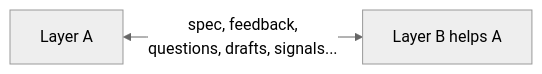
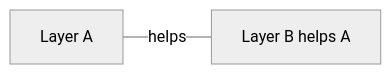
One commit to zzyy-gh/alibrary changed the second of 7 diagrams in inbox/layered-endeavor-framework.md. Above: the diagram before and after it, drawn with Mermaid (neutral theme). The commit also changed other lines of this file, not shown here.

````diff
--- a/inbox/layered-endeavor-framework.md
+++ b/inbox/layered-endeavor-framework.md
@@ -82,4 +70,4 @@
 ```mermaid
 graph LR
-    A[Layer A] <-->|spec, feedback,<br/>questions, drafts, signals...| B[Layer B helps A]
+    A[Layer A] ---|helps| B[Layer B helps A]
 ```
````
